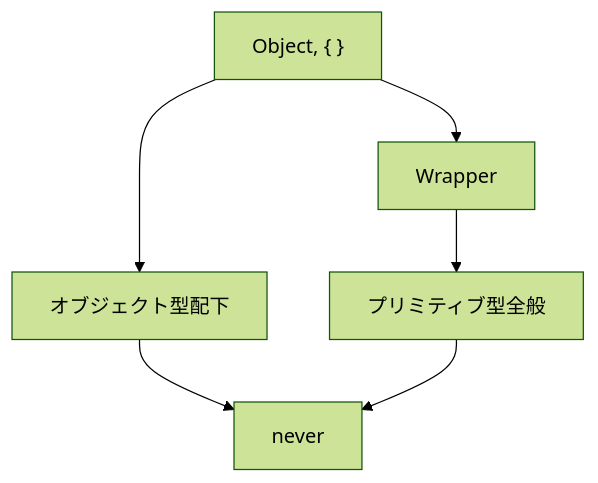
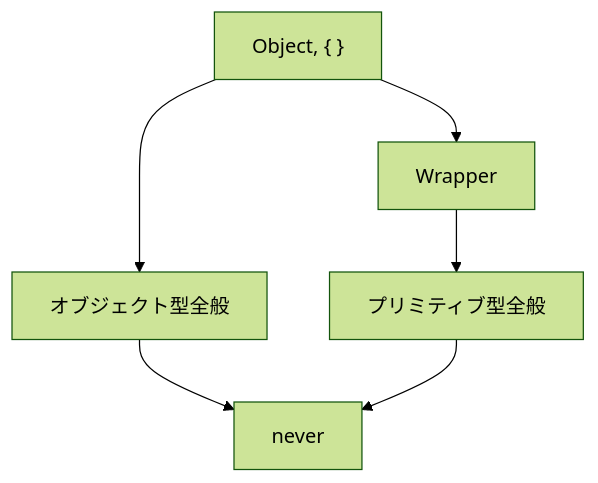
One commit to yo-goto/zenn-public-repo changed the eighth of 8 diagrams in articles/typescript-type-set-hierarchy.md. Above: the diagram before and after it, drawn with Mermaid (forest theme). The commit also changed other lines of this file, not shown here.

````diff
--- a/articles/typescript-type-set-hierarchy.md
+++ b/articles/typescript-type-set-hierarchy.md
@@ -841,11 +890,11 @@
 ```mermaid
 graph TD
   N[never]
   O["Object, { }"]
   W[Wrapper]
   P[プリミティブ型全般]
-  objs[オブジェクト型配下]
+  objs[オブジェクト型全般]
   O --> objs & W
   objs --> N
   W --> P --> N
 ```
````
